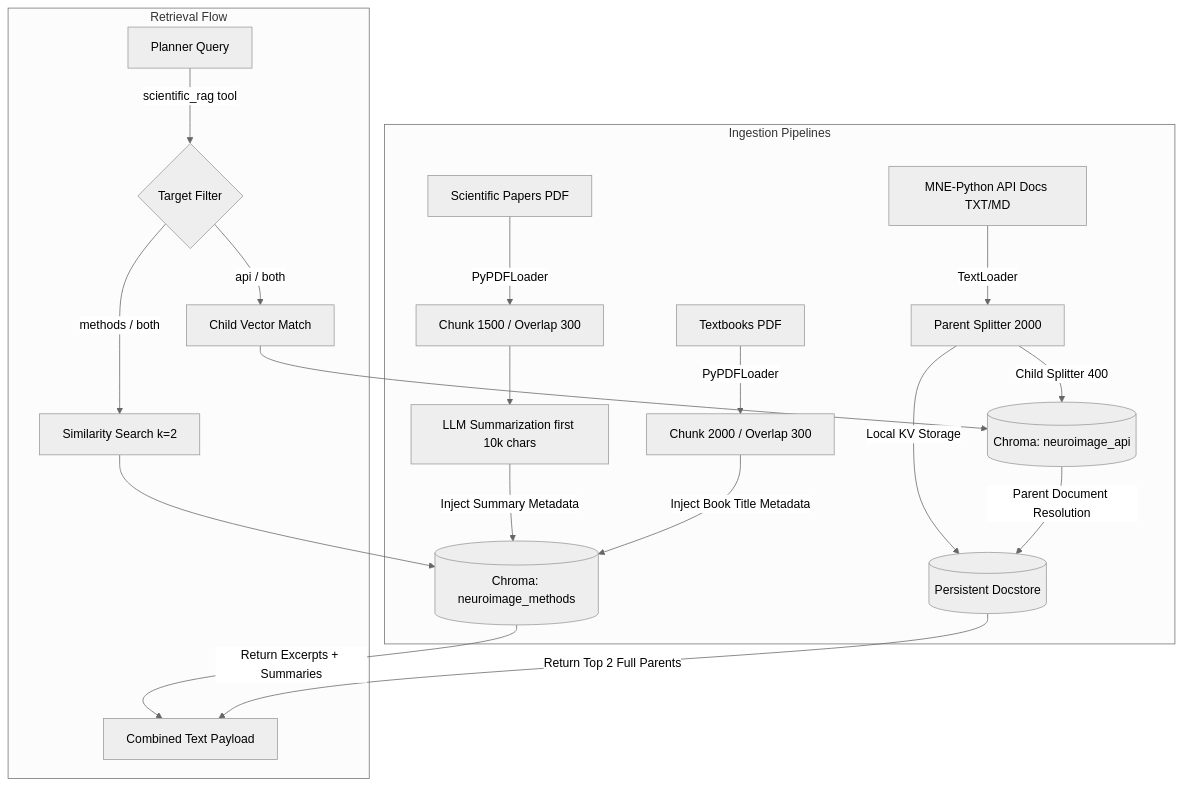
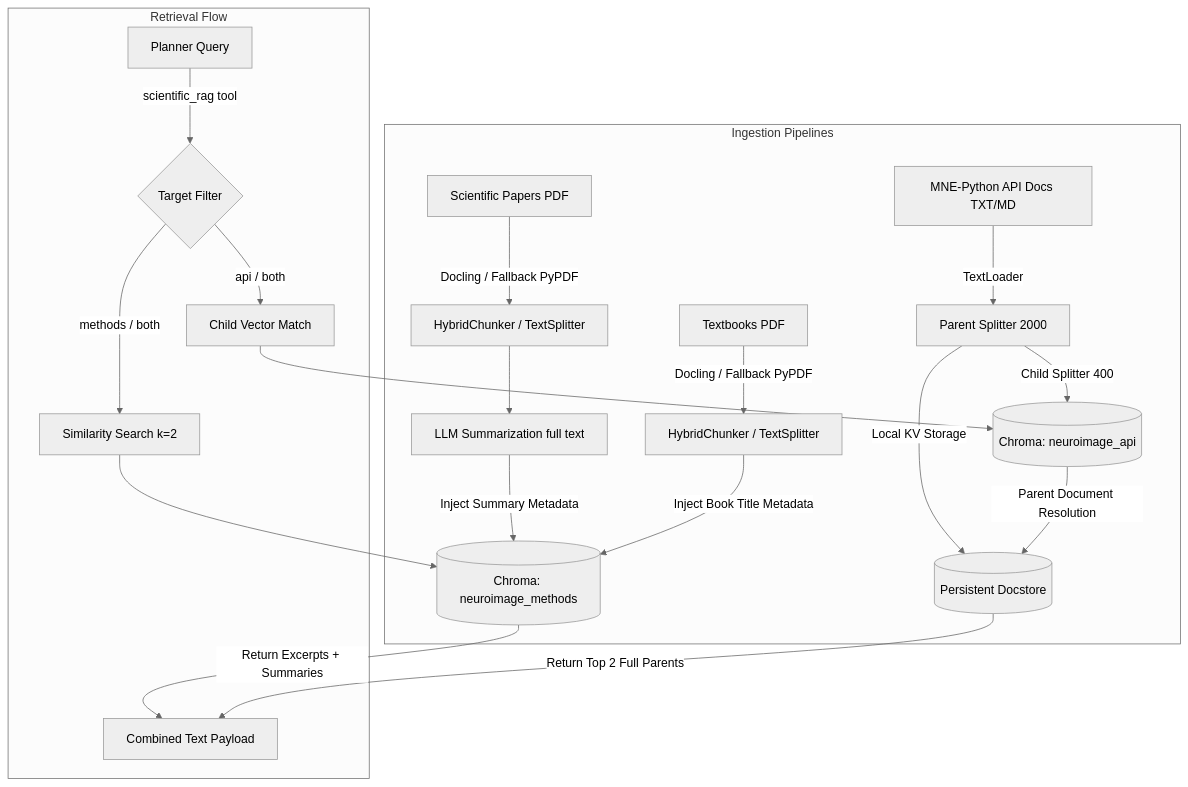
Before and after one commit to dharmatarha/eeg_agent: the diagram in README.md, drawn with Mermaid (neutral theme). The commit also changed other lines of this file and 11 other files, not shown here.

````diff
--- a/README.md
+++ b/README.md
@@ -17,27 +17,27 @@
 ```mermaid
 graph TD
     subgraph Ingestion Pipelines
-        A[Scientific Papers PDF] -->|PyPDFLoader| B[Chunk 1500 / Overlap 300]
-        B --> C[LLM Summarization first 10k chars]
+        A[Scientific Papers PDF] -->|Docling / Fallback PyPDF| B[HybridChunker / TextSplitter]
+        B --> C[LLM Summarization full text]
         C -->|Inject Summary Metadata| D[(Chroma: neuroimage_methods)]
         
-        E[Textbooks PDF] -->|PyPDFLoader| F[Chunk 2000 / Overlap 300]
+        E[Textbooks PDF] -->|Docling / Fallback PyPDF| F[HybridChunker / TextSplitter]
         F -->|Inject Book Title Metadata| D
         
         G[MNE-Python API Docs TXT/MD] -->|TextLoader| H[Parent Splitter 2000]
         H -->|Local KV Storage| I[(Persistent Docstore)]
         H -->|Child Splitter 400| J[(Chroma: neuroimage_api)]
     end
 
     subgraph Retrieval Flow
         K[Planner Query] -->|scientific_rag tool| L{Target Filter}
         L -->|methods / both| M[Similarity Search k=2]
         M --> D
         D -->|Return Excerpts + Summaries| N[Combined Text Payload]
         
         L -->|api / both| O[Child Vector Match]
         O --> J
         J -->|Parent Document Resolution| I
         I -->|Return Top 2 Full Parents| N
     end
 ```
````
